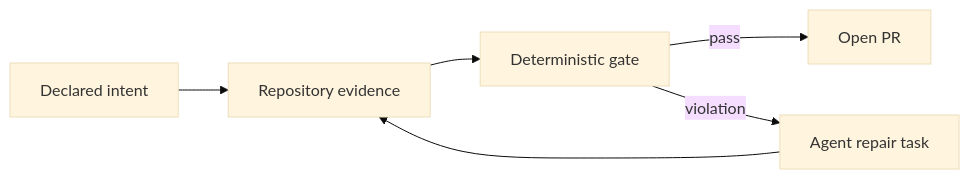
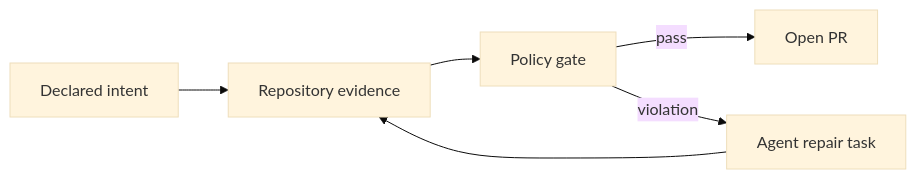
The diagram in _posts/2026-08-23-the-tests-are-green-the-architecture-is-not.md (alexei-led/alexei-led.github.io), drawn with Mermaid (base theme) before and after one commit. The commit also changed other lines of this file, not shown here.

Commit message:
docs: tighten Archfit architecture post

````diff
--- a/_posts/2026-08-23-the-tests-are-green-the-architecture-is-not.md
+++ b/_posts/2026-08-23-the-tests-are-green-the-architecture-is-not.md
@@ -109,8 +105,8 @@
 ```mermaid
 flowchart LR
     I["Declared intent"] --> E["Repository evidence"]
-    E --> G["Deterministic gate"]
+    E --> G["Policy gate"]
     G -->|pass| P["Open PR"]
     G -->|violation| R["Agent repair task"]
     R --> E
 ```
````
